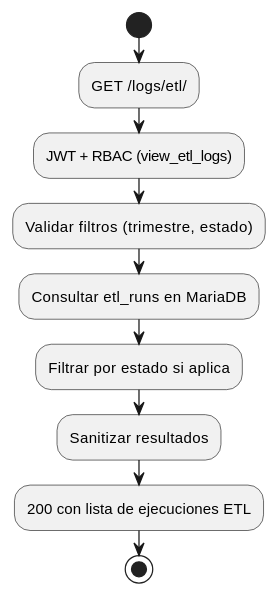
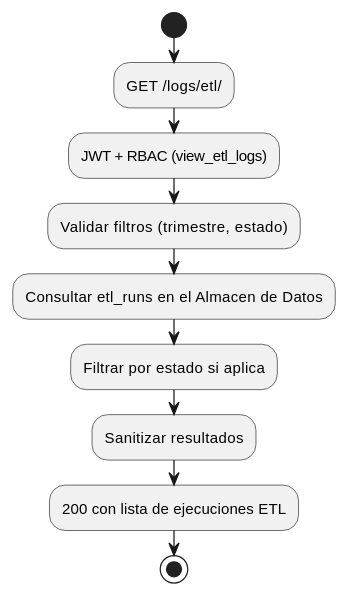
Before and after one commit to jcg-admin/IACT-docs: the second of 4 diagrams in source/requisitos/casos-uso/logs/uc-log-02/diagramas-uml.rst, drawn with PlantUML. The commit also changed other lines of this file and 21 other files, not shown here.

```diff
--- a/source/requisitos/casos-uso/logs/uc-log-02/diagramas-uml.rst
+++ b/source/requisitos/casos-uso/logs/uc-log-02/diagramas-uml.rst
@@ -28,13 +28,13 @@
 .. uml::
 
  @startuml
  start
  :GET /logs/etl/;
  :JWT + RBAC (view_etl_logs);
  :Validar filtros (trimestre, estado);
- :Consultar etl_runs en MariaDB;
+ :Consultar etl_runs en el Almacen de Datos;
  :Filtrar por estado si aplica;
  :Sanitizar resultados;
  :200 con lista de ejecuciones ETL;
  stop
  @enduml
```
